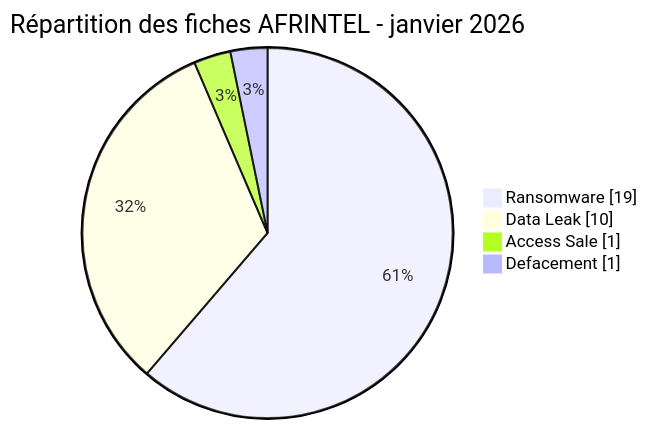
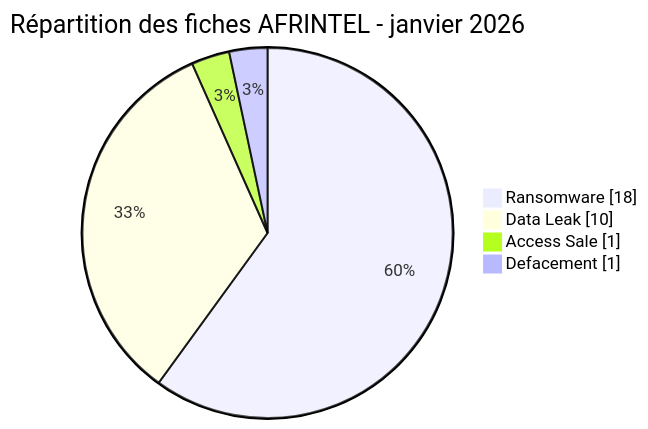
The diagram in CyberAttackAfrica/2026/01-january/README_FR.md (Hatchepsoute/AFRINTEL), drawn with Mermaid before and after one commit. The commit also changed other lines of this file and 1034 other files, not shown here.

````diff
--- a/CyberAttackAfrica/2026/01-january/README_FR.md
+++ b/CyberAttackAfrica/2026/01-january/README_FR.md
@@ -79,8 +74,8 @@
 ```mermaid
 pie showData
     title Répartition des fiches AFRINTEL - janvier 2026
-    "Ransomware" : 19
+    "Ransomware" : 18
     "Data Leak" : 10
     "Access Sale" : 1
     "Defacement" : 1
 ```
````
